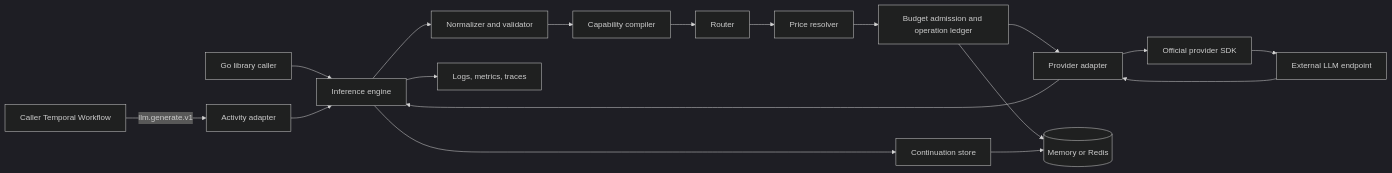
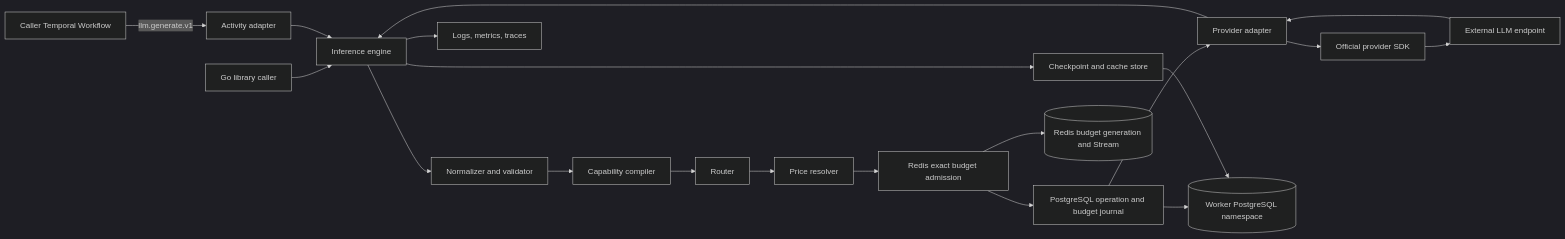
One commit to mfow/llm-temporal-worker changed the diagram in docs/architecture/system-overview.md. Above: the diagram before and after it, drawn with Mermaid (dark theme). The commit also changed other lines of this file and 23 other files, not shown here.

````diff
--- a/docs/architecture/system-overview.md
+++ b/docs/architecture/system-overview.md
@@ -26,20 +26,22 @@
 ```mermaid
 flowchart LR
     W["Caller Temporal Workflow"] -->|"llm.generate.v1"| A["Activity adapter"]
     G["Go library caller"] --> E["Inference engine"]
     A --> E
     E --> N["Normalizer and validator"]
     N --> C["Capability compiler"]
     C --> R["Router"]
     R --> P["Price resolver"]
-    P --> B["Budget admission and operation ledger"]
-    B --> L["Provider adapter"]
+    P --> B["Redis exact budget admission"]
+    B --> J["PostgreSQL operation and budget journal"]
+    J --> L["Provider adapter"]
     L --> S["Official provider SDK"]
     S --> X["External LLM endpoint"]
     X --> L
     L --> E
-    E --> T["Continuation store"]
-    B --> D[("Memory or Redis")]
-    T --> D
+    E --> T["Checkpoint and cache store"]
+    B --> D[("Redis budget generation and Stream")]
+    J --> Q[("Worker PostgreSQL namespace")]
+    T --> Q
     E --> O["Logs, metrics, traces"]
 ```
````
